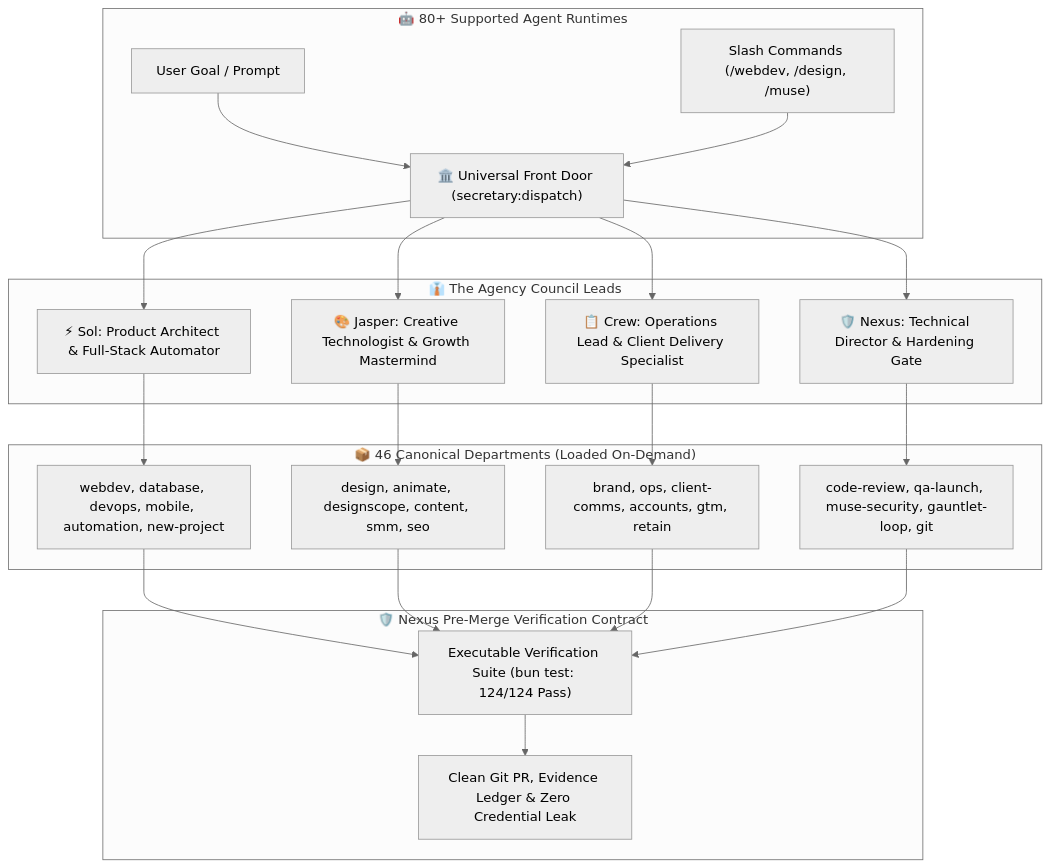
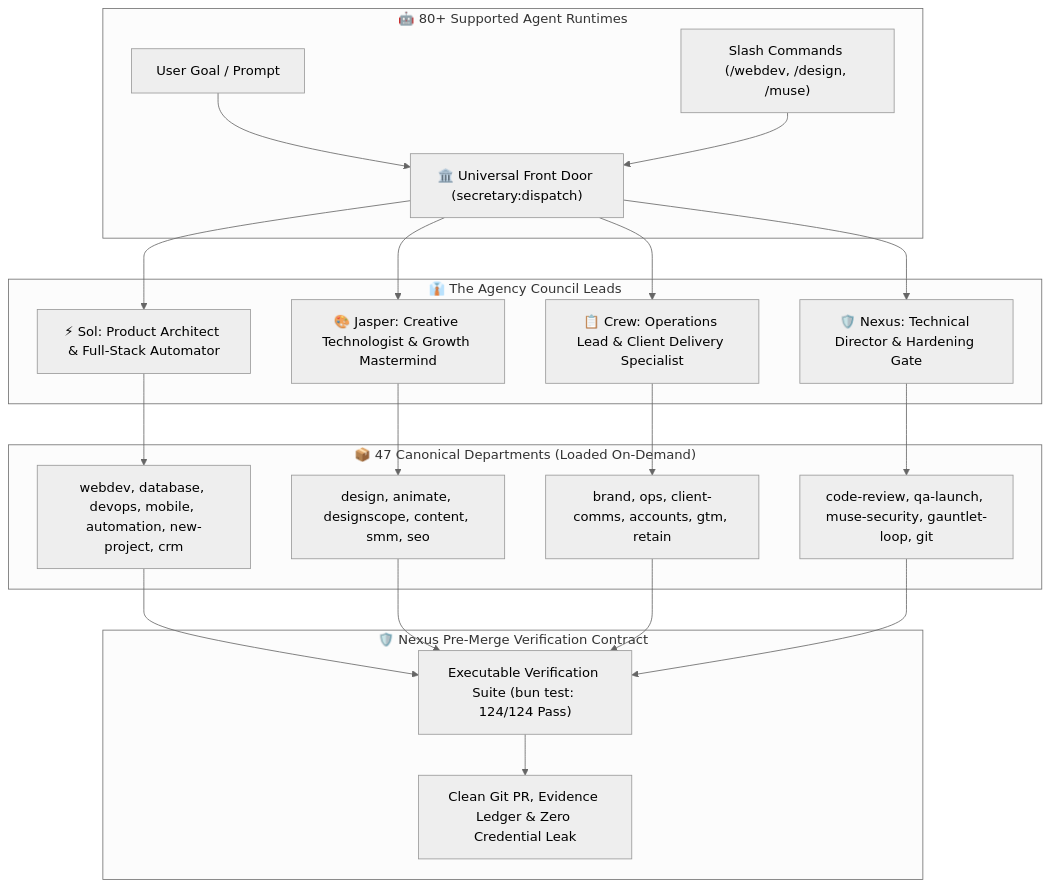
Before and after one commit to harshsinghmp/muse-skills: the diagram in README.md, drawn with Mermaid (neutral theme). The commit also changed other lines of this file and 17 other files, not shown here.

First line of the commit message:
feat(crm): customer relationship management and event-driven marketing flow engine

````diff
--- a/README.md
+++ b/README.md
@@ -52,29 +52,29 @@
 ```mermaid
 flowchart TD
     subgraph Harness ["🤖 80+ Supported Agent Runtimes"]
         UserPrompt["User Goal / Prompt"] --> Dispatcher["🏛️ Universal Front Door (secretary:dispatch)"]
         SlashCmd["Slash Commands (/webdev, /design, /muse)"] --> Dispatcher
     end
 
     subgraph Council ["👔 The Agency Council Leads"]
         Dispatcher --> Sol["⚡ Sol: Product Architect & Full-Stack Automator"]
         Dispatcher --> Jasper["🎨 Jasper: Creative Technologist & Growth Mastermind"]
         Dispatcher --> Crew["📋 Crew: Operations Lead & Client Delivery Specialist"]
         Dispatcher --> NexusLead["🛡️ Nexus: Technical Director & Hardening Gate"]
     end
 
-    subgraph SkillLayer ["📦 46 Canonical Departments (Loaded On-Demand)"]
-        Sol --> EngSkills["webdev, database, devops, mobile, automation, new-project"]
+    subgraph SkillLayer ["📦 47 Canonical Departments (Loaded On-Demand)"]
+        Sol --> EngSkills["webdev, database, devops, mobile, automation, new-project, crm"]
         Jasper --> DesignSkills["design, animate, designscope, content, smm, seo"]
         Crew --> OpsSkills["brand, ops, client-comms, accounts, gtm, retain"]
         NexusLead --> QualitySkills["code-review, qa-launch, muse-security, gauntlet-loop, git"]
     end
 
     subgraph QualityGates ["🛡️ Nexus Pre-Merge Verification Contract"]
         EngSkills --> Gate["Executable Verification Suite (bun test: 124/124 Pass)"]
         DesignSkills --> Gate
         OpsSkills --> Gate
         QualitySkills --> Gate
         Gate --> Output["Clean Git PR, Evidence Ledger & Zero Credential Leak"]
     end
 ```
````
